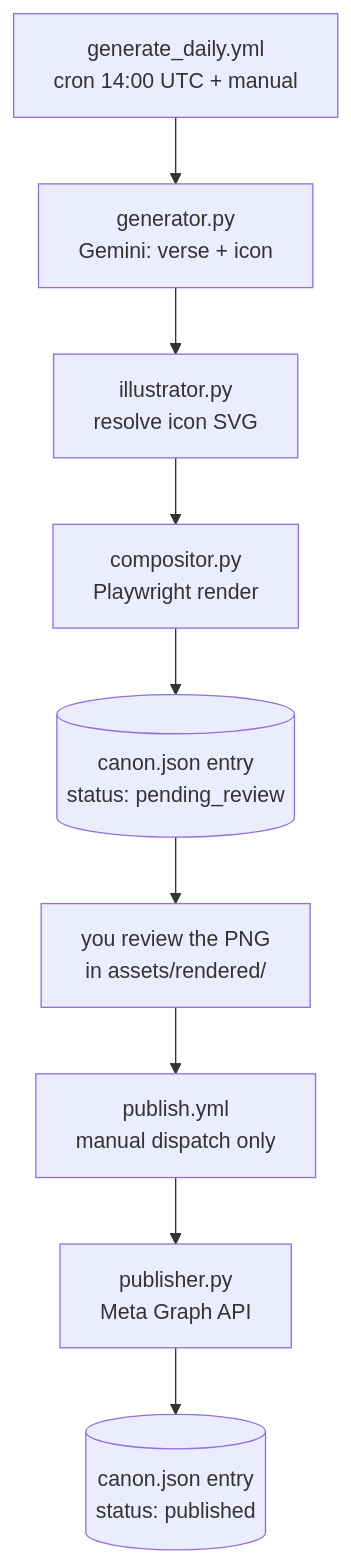
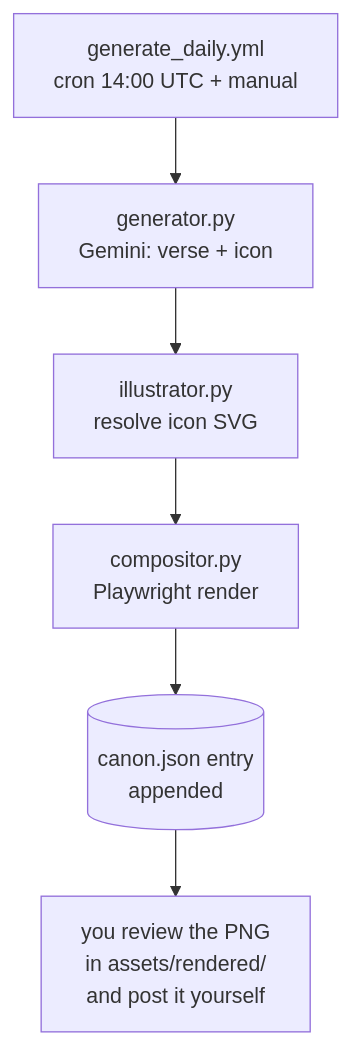
One commit to ThirtyNimrod/cave-nim changed the diagram in docs/architecture.md. Above: the diagram before and after it, drawn with Mermaid. The commit also changed other lines of this file and 14 other files, not shown here.

First line of the commit message:
Remove Meta Graph API publishing

````diff
--- a/docs/architecture.md
+++ b/docs/architecture.md
@@ -5,11 +5,8 @@
 ```mermaid
 flowchart TD
     A["generate_daily.yml<br/>cron 14:00 UTC + manual"] --> B["generator.py<br/>Gemini: verse + icon"]
     B --> C["illustrator.py<br/>resolve icon SVG"]
     C --> D["compositor.py<br/>Playwright render"]
-    D --> E[("canon.json entry<br/>status: pending_review")]
-    E --> F["you review the PNG<br/>in assets/rendered/"]
-    F --> G["publish.yml<br/>manual dispatch only"]
-    G --> H["publisher.py<br/>Meta Graph API"]
-    H --> I[("canon.json entry<br/>status: published")]
+    D --> E[("canon.json entry<br/>appended")]
+    E --> F["you review the PNG<br/>in assets/rendered/<br/>and post it yourself"]
 ```
````
